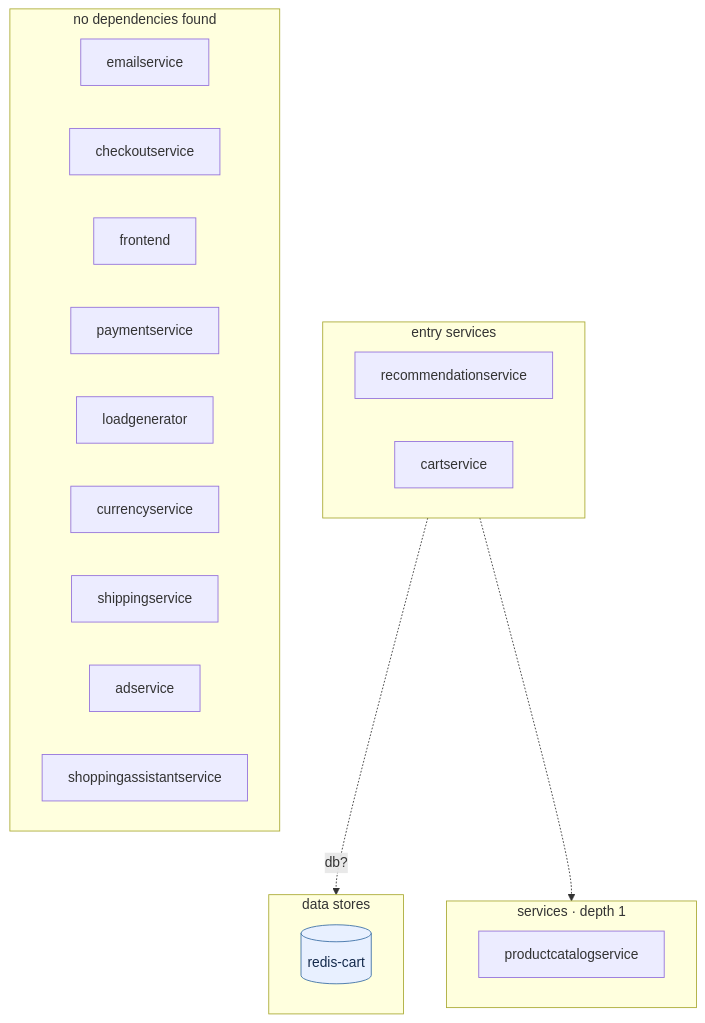
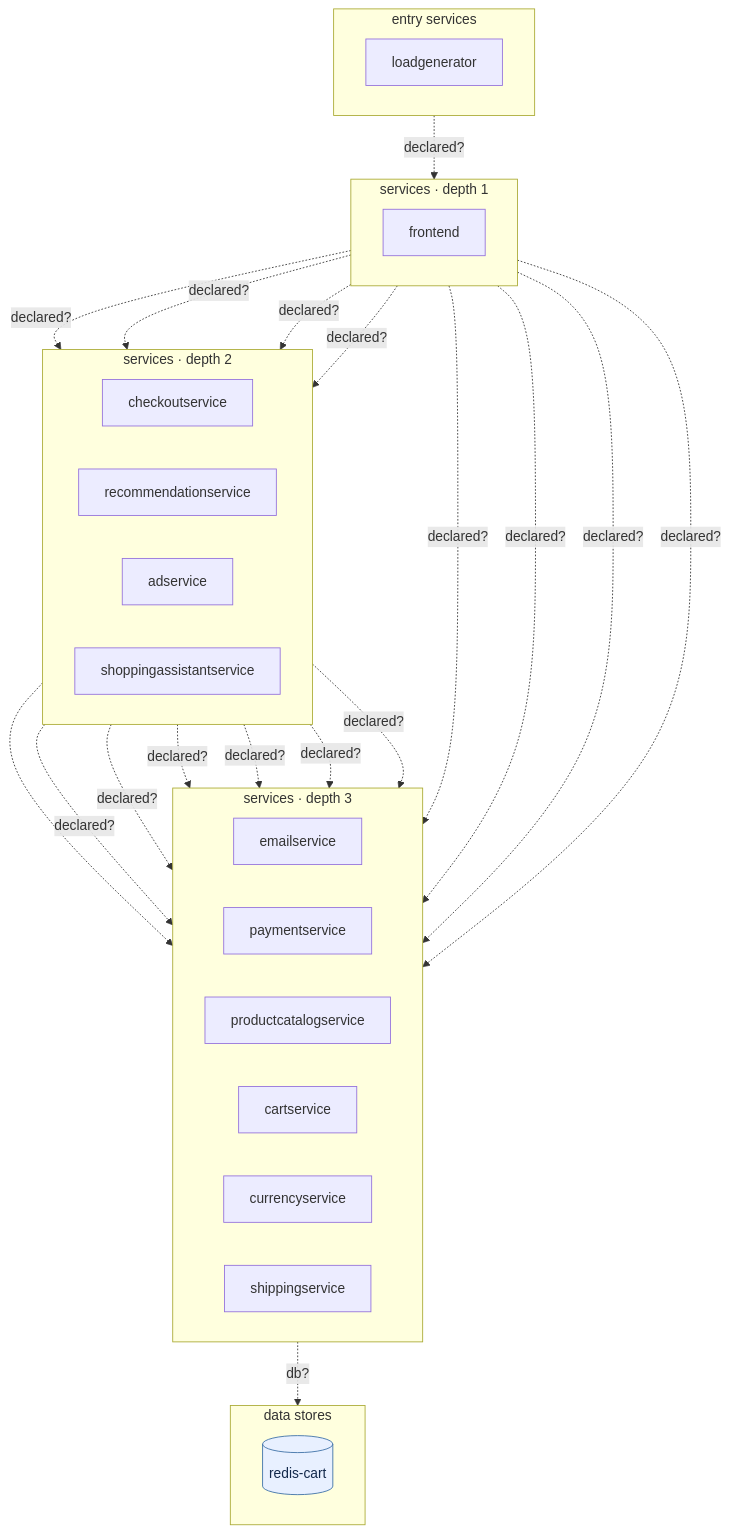
One commit to ANYuu531/ChatOps4Msa-Pipeline changed the diagram in docs/generalization/online-boutique.mmd. Above: the diagram before and after it, drawn with Mermaid. The commit also changed 23 other files, not shown here.

```diff
--- a/docs/generalization/online-boutique.mmd
+++ b/docs/generalization/online-boutique.mmd
@@ -1,32 +1,50 @@
 flowchart TB
 %% DepWeaver — microservice dependency graph
 %% solid arrow = observed at runtime (Istio) · dashed = declared in code/doc only
 %% node shape: [service] ([gateway]) [(db)] {{queue}} [/external/]
   subgraph layer0 ["entry services"]
     direction LR
-    recommendationservice["recommendationservice"]
-    cartservice["cartservice"]
+    loadgenerator["loadgenerator"]
   end
   subgraph layer1 ["services · depth 1"]
     direction LR
+    frontend["frontend"]
+  end
+  subgraph layer2 ["services · depth 2"]
+    direction LR
+    checkoutservice["checkoutservice"]
+    recommendationservice["recommendationservice"]
+    adservice["adservice"]
+    shoppingassistantservice["shoppingassistantservice"]
+  end
+  subgraph layer3 ["services · depth 3"]
+    direction LR
+    emailservice["emailservice"]
+    paymentservice["paymentservice"]
     productcatalogservice["productcatalogservice"]
+    cartservice["cartservice"]
+    currencyservice["currencyservice"]
+    shippingservice["shippingservice"]
   end
-  subgraph layer2 ["data stores"]
+  subgraph layer4 ["data stores"]
     direction LR
     redis_cart[("redis-cart")]:::db
   end
-  subgraph layer3 ["no dependencies found"]
-    direction LR
-    emailservice["emailservice"]
-    checkoutservice["checkoutservice"]
-    frontend["frontend"]
-    paymentservice["paymentservice"]
-    loadgenerator["loadgenerator"]
-    currencyservice["currencyservice"]
-    shippingservice["shippingservice"]
-    adservice["adservice"]
-    shoppingassistantservice["shoppingassistantservice"]
-  end
   recommendationservice -.-> productcatalogservice
+  checkoutservice -. declared? .-> productcatalogservice
+  checkoutservice -. declared? .-> shippingservice
+  checkoutservice -. declared? .-> paymentservice
+  checkoutservice -. declared? .-> emailservice
+  checkoutservice -. declared? .-> currencyservice
+  checkoutservice -. declared? .-> cartservice
+  frontend -. declared? .-> productcatalogservice
+  frontend -. declared? .-> currencyservice
+  frontend -. declared? .-> cartservice
+  frontend -. declared? .-> recommendationservice
+  frontend -. declared? .-> shippingservice
+  frontend -. declared? .-> checkoutservice
+  frontend -. declared? .-> adservice
+  frontend -. declared? .-> shoppingassistantservice
   cartservice -. db? .-> redis_cart
+  loadgenerator -. declared? .-> frontend
 classDef db fill:#e8f0ff,stroke:#3a6ea5,color:#13294b;
```
